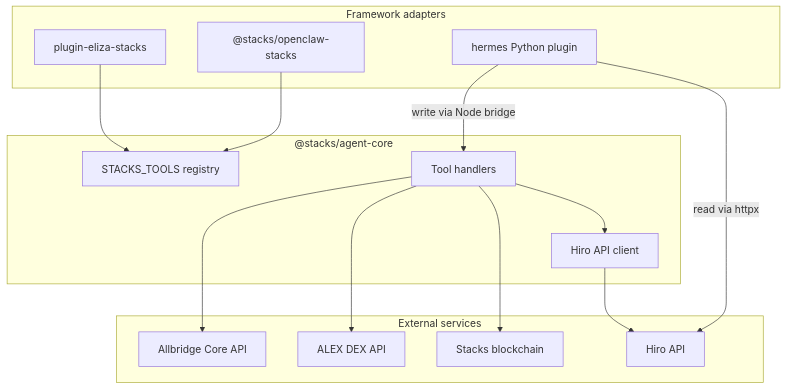
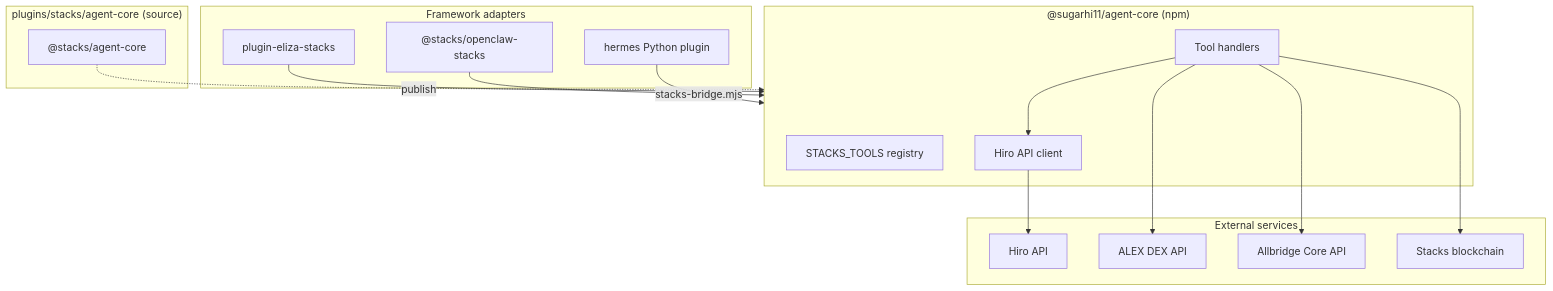
The diagram in docs/architecture.mdx (Stacks-Plugins/stacks-plugins), drawn with Mermaid before and after one commit. The commit also changed other lines of this file and 10 other files, not shown here.

First line of the commit message:
Update Mintlify documentation for agent-core, frameworks, and tools.

````diff
--- a/docs/architecture.mdx
+++ b/docs/architecture.mdx
@@ -10,31 +10,35 @@
 ```mermaid
 flowchart TB
   subgraph frameworks [Framework adapters]
     Eliza[plugin-eliza-stacks]
     OpenClaw["@stacks/openclaw-stacks"]
     Hermes[hermes Python plugin]
   end
 
-  subgraph core ["@stacks/agent-core"]
+  subgraph npm ["@sugarhi11/agent-core (npm)"]
     Registry[STACKS_TOOLS registry]
     Tools[Tool handlers]
     Client[Hiro API client]
+  end
+
+  subgraph source ["plugins/stacks/agent-core (source)"]
+    SourceCore["@stacks/agent-core"]
   end
 
   subgraph external [External services]
     Hiro[Hiro API]
     ALEX[ALEX DEX API]
     Allbridge[Allbridge Core API]
     Chain[Stacks blockchain]
   end
 
-  Eliza --> Registry
-  OpenClaw --> Registry
-  Hermes -->|read via httpx| Hiro
-  Hermes -->|write via Node bridge| Tools
+  SourceCore -.->|publish| npm
+  Eliza --> npm
+  OpenClaw --> npm
+  Hermes -->|stacks-bridge.mjs| npm
   Tools --> Client
   Tools --> Chain
   Client --> Hiro
   Tools --> ALEX
   Tools --> Allbridge
 ```
````
